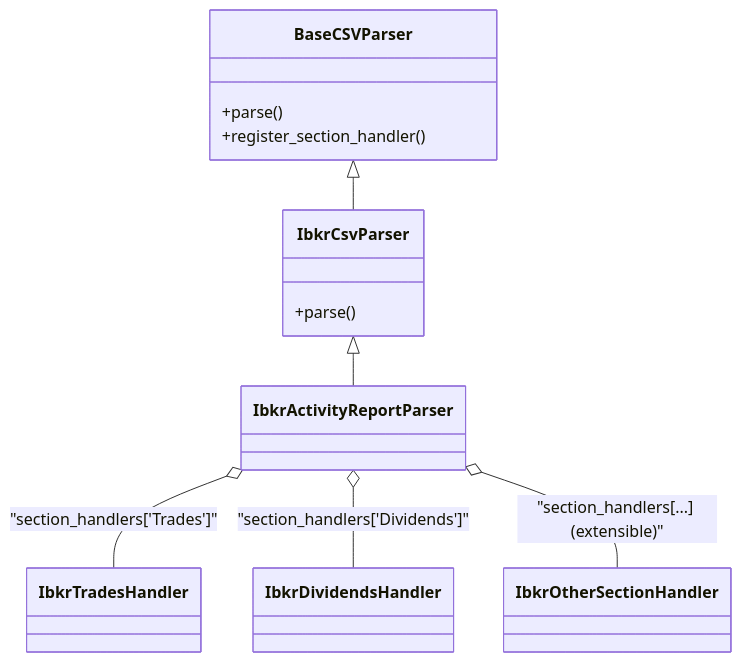
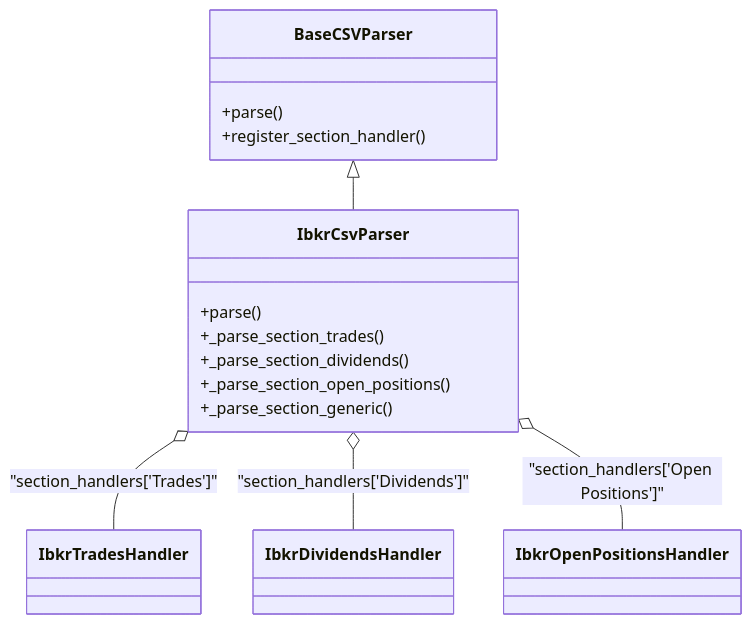
Before and after one commit to slmyers/portfolio_tracker: the diagram in docs/ibkr_csv_module.md, drawn with Mermaid. The commit also changed other lines of this file and 7 other files, not shown here.

Commit message:
ibkr parser working for trades,dividends,open positions

````diff
--- a/docs/ibkr_csv_module.md
+++ b/docs/ibkr_csv_module.md
@@ -26,20 +64,23 @@
 ```mermaid
 classDiagram
     class BaseCSVParser {
         +parse()
         +register_section_handler()
     }
     class IbkrCsvParser {
         +parse()
+        +_parse_section_trades()
+        +_parse_section_dividends()
+        +_parse_section_open_positions()
+        +_parse_section_generic()
     }
-    class IbkrActivityReportParser
     class IbkrTradesHandler
     class IbkrDividendsHandler
-    class IbkrOtherSectionHandler
+    class IbkrOpenPositionsHandler
 
     BaseCSVParser <|-- IbkrCsvParser
-    IbkrCsvParser <|-- IbkrActivityReportParser
-    IbkrActivityReportParser o-- IbkrTradesHandler : "section_handlers['Trades']"
-    IbkrActivityReportParser o-- IbkrDividendsHandler : "section_handlers['Dividends']"
-    IbkrActivityReportParser o-- IbkrOtherSectionHandler : "section_handlers[...] (extensible)"
+    IbkrCsvParser o-- IbkrTradesHandler : "section_handlers['Trades']"
+    IbkrCsvParser o-- IbkrDividendsHandler : "section_handlers['Dividends']"
+    IbkrCsvParser o-- IbkrOpenPositionsHandler : "section_handlers['Open Positions']"
+    %% Add more handlers as needed for extensibility
 ```
````
